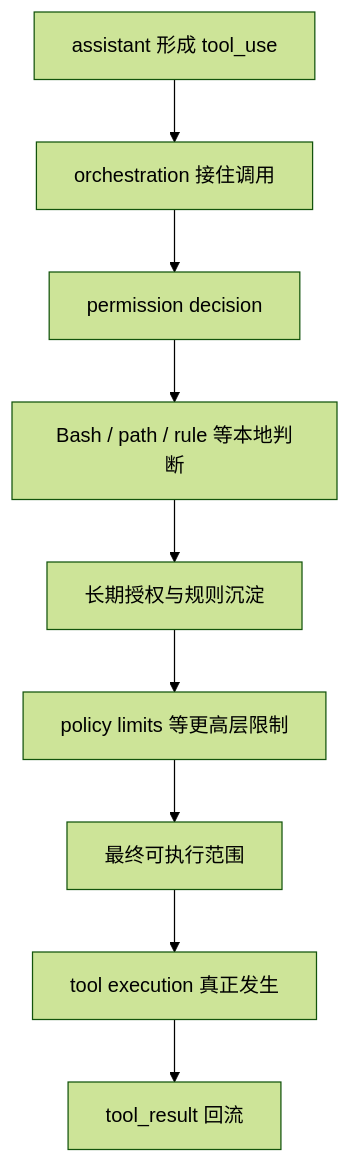
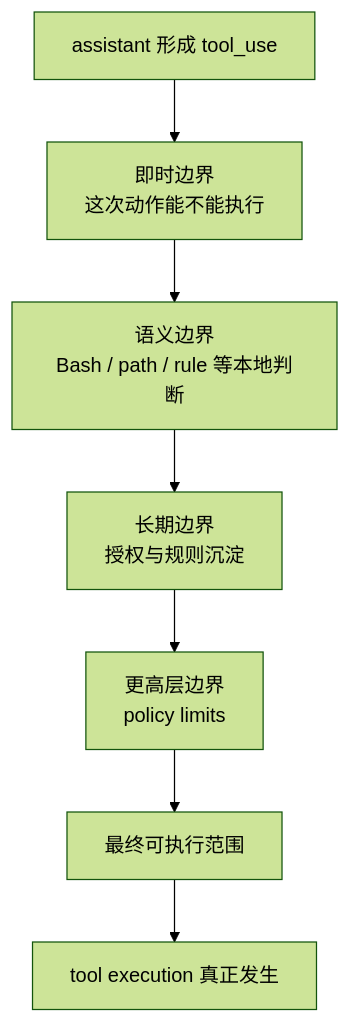
Before and after one commit to T0UGH/claude-code-source-guide: the first of 2 diagrams in docs/guidebookv2/volume-3/15-why-the-permission-system-finally-collapses-into-an-execution-boundary.md, drawn with Mermaid (forest theme). The commit also changed 13 other files, not shown here.

Commit message:
tighten volume-3 diagrams and boundaries

````diff
--- a/docs/guidebookv2/volume-3/15-why-the-permission-system-finally-collapses-into-an-execution-boundary.md
+++ b/docs/guidebookv2/volume-3/15-why-the-permission-system-finally-collapses-into-an-execution-boundary.md
@@ -128,11 +128,13 @@
 ```mermaid
 flowchart TD
-    A[assistant 形成 tool_use] --> B[orchestration 接住调用]
-    B --> C[permission decision]
-    C --> D[Bash / path / rule 等本地判断]
-    D --> E[长期授权与规则沉淀]
-    E --> F[policy limits 等更高层限制]
-    F --> G[最终可执行范围]
-    G --> H[tool execution 真正发生]
-    H --> I[tool_result 回流]
+    A[assistant 形成 tool_use] --> B[即时边界
+这次动作能不能执行]
+    B --> C[语义边界
+Bash / path / rule 等本地判断]
+    C --> D[长期边界
+授权与规则沉淀]
+    D --> E[更高层边界
+policy limits]
+    E --> F[最终可执行范围]
+    F --> G[tool execution 真正发生]
 ```
````
